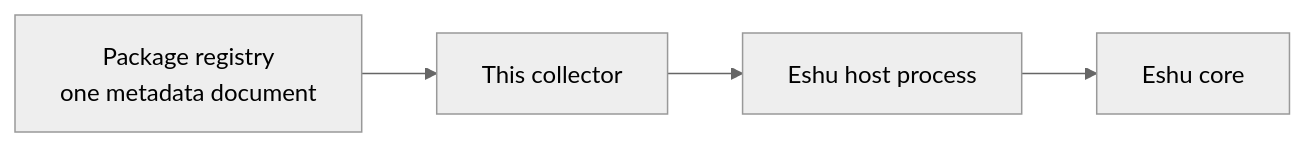
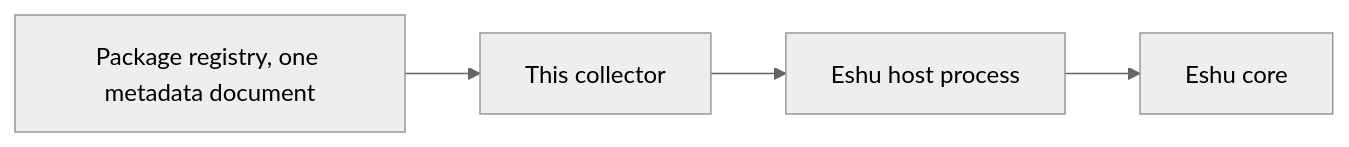
Before and after one commit to eshu-hq/eshu-collector-package-registry: the diagram in README.md, drawn with Mermaid (neutral theme). The commit also changed other lines of this file and 15 other files, not shown here.

````diff
--- a/README.md
+++ b/README.md
@@ -46,4 +13,4 @@
 ```mermaid
 flowchart LR
-  A["Package registry<br/>one metadata document"] --> B["This collector"] --> C["Eshu host process"] --> D["Eshu core"]
+  A["Package registry, one metadata document"] --> B["This collector"] --> C["Eshu host process"] --> D["Eshu core"]
 ```
````
